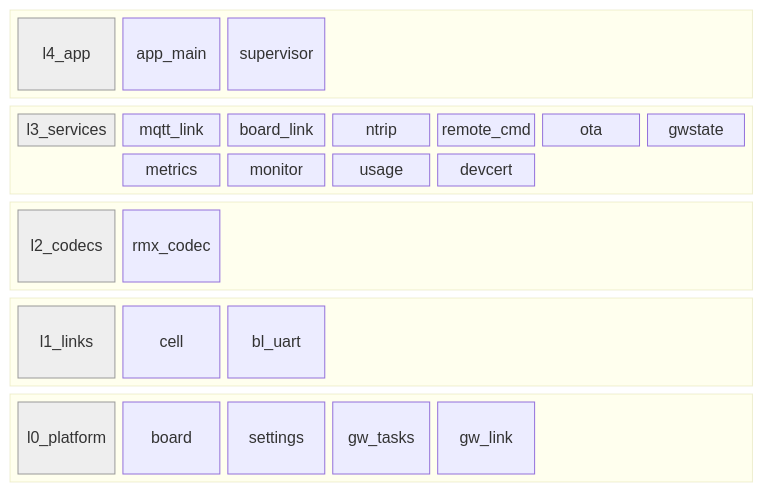
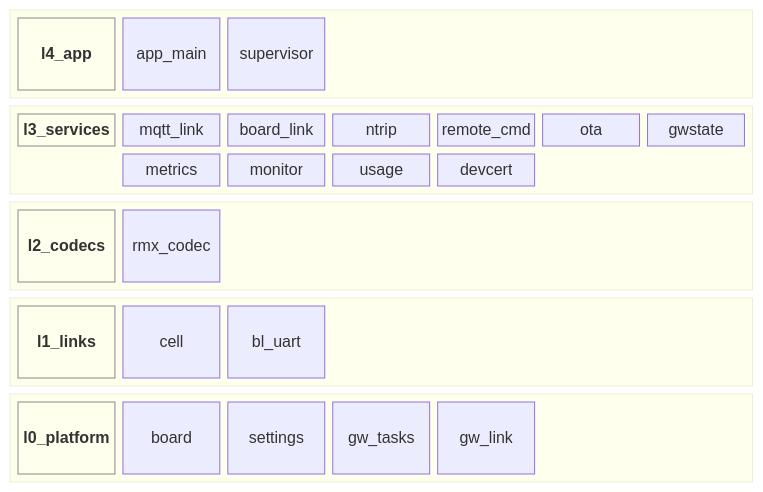
Before and after one commit to jRmx0/esp-architecture: the fourth of 4 diagrams in examples/gateway/diagrams.md, drawn with Mermaid. The commit also changed other lines of this file and 1 other file, not shown here.

Commit message:
Use theme-neutral fills so device boxes and layer labels read in dark mode

````diff
--- a/examples/gateway/diagrams.md
+++ b/examples/gateway/diagrams.md
@@ -171,63 +171,63 @@
 ```mermaid
 block-beta
   columns 1
   block:r_l4_app
     columns 7
     t_l4_app["l4_app"]
     n_app_main["app_main"]
     n_supervisor["supervisor"]
     space
     space
     space
     space
   end
   block:r_l3_services
     columns 7
     t_l3_services["l3_services"]
     n_mqtt_link["mqtt_link"]
     n_board_link["board_link"]
     n_ntrip["ntrip"]
     n_remote_cmd["remote_cmd"]
     n_ota["ota"]
     n_gwstate["gwstate"]
     space
     n_metrics["metrics"]
     n_monitor["monitor"]
     n_usage["usage"]
     n_devcert["devcert"]
     space
     space
   end
   block:r_l2_codecs
     columns 7
     t_l2_codecs["l2_codecs"]
     n_rmx_codec["rmx_codec"]
     space
     space
     space
     space
     space
   end
   block:r_l1_links
     columns 7
     t_l1_links["l1_links"]
     n_cell["cell"]
     n_bl_uart["bl_uart"]
     space
     space
     space
     space
   end
   block:r_l0_platform
     columns 7
     t_l0_platform["l0_platform"]
     n_board["board"]
     n_settings["settings"]
     n_gw_tasks["gw_tasks"]
     n_gw_link["gw_link"]
     space
     space
   end
-  classDef title fill:#eee,stroke:#999
+  classDef title fill:none,stroke:#888,font-weight:bold
   class t_l4_app,t_l3_services,t_l2_codecs,t_l1_links,t_l0_platform title
 ```
````
